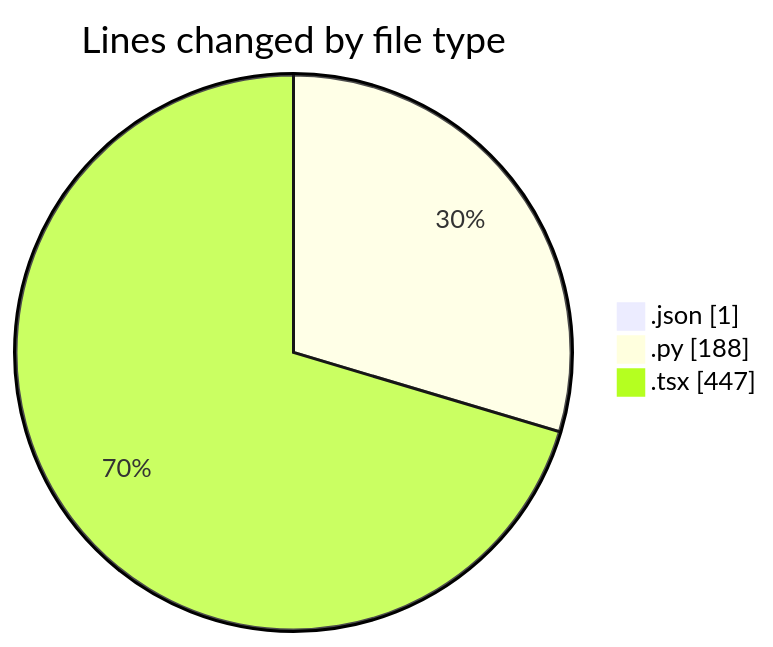
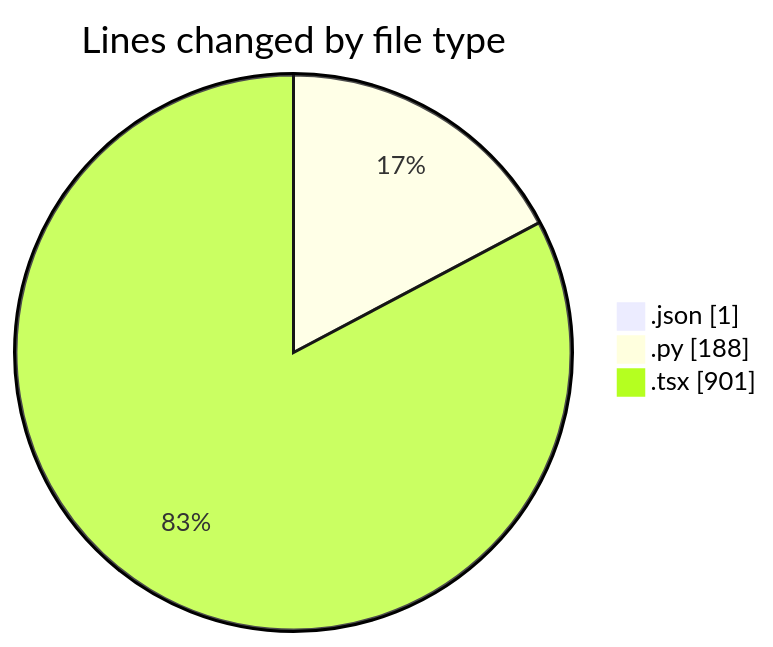
The first of 2 diagrams in 2025-10-06/eventscop-frontend-guide__workspace_/README.md (julien-gomy/code-tracking), drawn with Mermaid before and after one commit. The commit also changed other lines of this file and 1 other file, not shown here.

````diff
--- a/2025-10-06/eventscop-frontend-guide__workspace_/README.md
+++ b/2025-10-06/eventscop-frontend-guide__workspace_/README.md
@@ -23,7 +24,7 @@
 ```mermaid
 pie showData
 title Lines changed by file type
 ".json" : 1
 ".py" : 188
-".tsx" : 447
+".tsx" : 901
 ```
````
